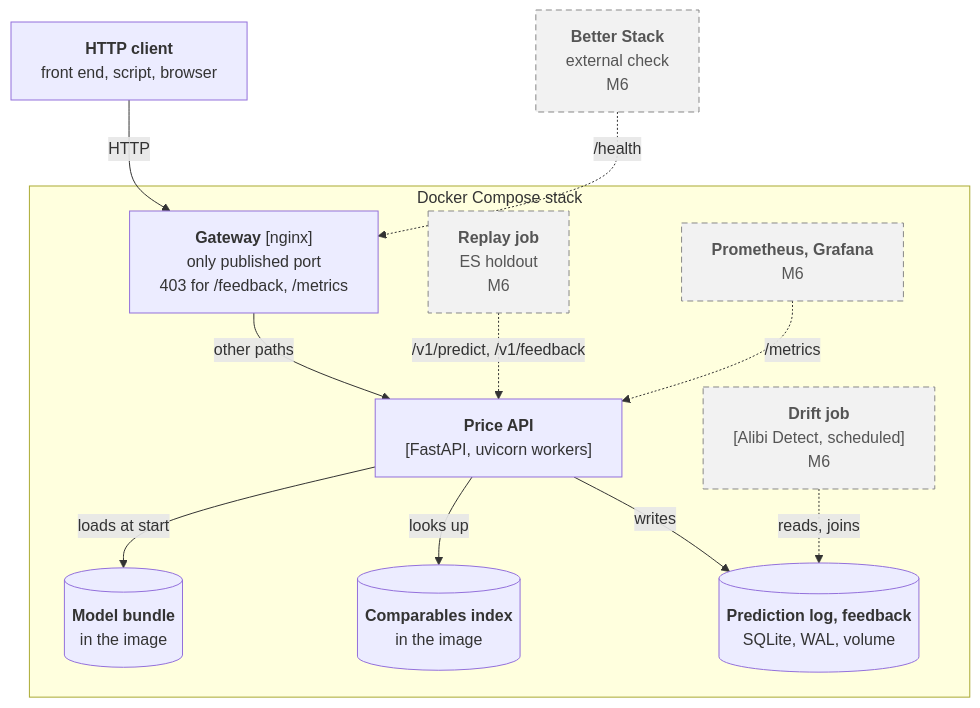
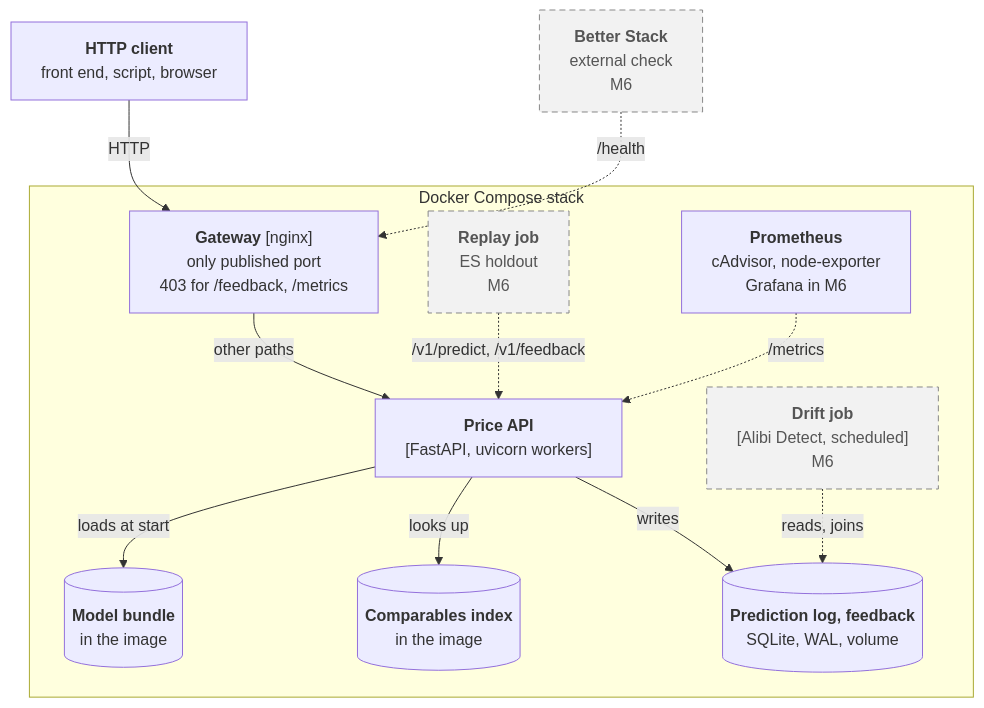
One commit to mlops-2627q1-mds-upc/MLOPS_Recommenditos changed the third of 8 diagrams in docs/docs/architecture.md. Above: the diagram before and after it, drawn with Mermaid. The commit also changed other lines of this file and 19 other files, not shown here.

First line of the commit message:
feat: run Prometheus, cAdvisor and node-exporter in the Compose stack (#284)

````diff
--- a/docs/docs/architecture.md
+++ b/docs/docs/architecture.md
@@ -134,29 +134,29 @@
 ```mermaid
 flowchart TB
     client["<b>HTTP client</b><br/>front end, script, browser"]
     uptime["<b>Better Stack</b><br/>external check<br/>M6"]
 
     subgraph stack["Docker Compose stack"]
         proxy["<b>Gateway</b> [nginx]<br/>only published port<br/>403 for /feedback, /metrics"]
         replay["<b>Replay job</b><br/>ES holdout<br/>M6"]
-        prom["<b>Prometheus, Grafana</b><br/>M6"]
+        prom["<b>Prometheus</b><br/>cAdvisor, node-exporter<br/>Grafana in M6"]
         api["<b>Price API</b><br/>[FastAPI, uvicorn workers]"]
         drift["<b>Drift job</b><br/>[Alibi Detect, scheduled]<br/>M6"]
         bundle[("<b>Model bundle</b><br/>in the image")]
         comparables[("<b>Comparables index</b><br/>in the image")]
         log[("<b>Prediction log, feedback</b><br/>SQLite, WAL, volume")]
     end
 
     client -->|"HTTP"| proxy
     uptime -.->|"/health"| proxy
     proxy -->|"other paths"| api
     replay -.->|"/v1/predict, /v1/feedback"| api
     prom -.->|"/metrics"| api
     api -->|"loads at start"| bundle
     api -->|"looks up"| comparables
     api -->|"writes"| log
     drift -.->|"reads, joins"| log
 
     classDef later fill:#f2f2f2,stroke:#888,color:#555,stroke-dasharray:6 4
-    class uptime,replay,prom,drift later
+    class uptime,replay,drift later
 ```
````
